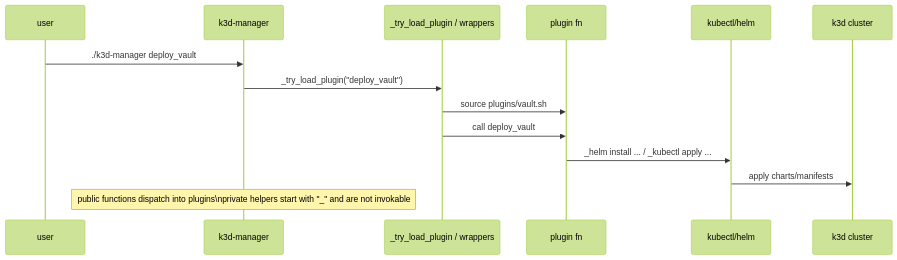
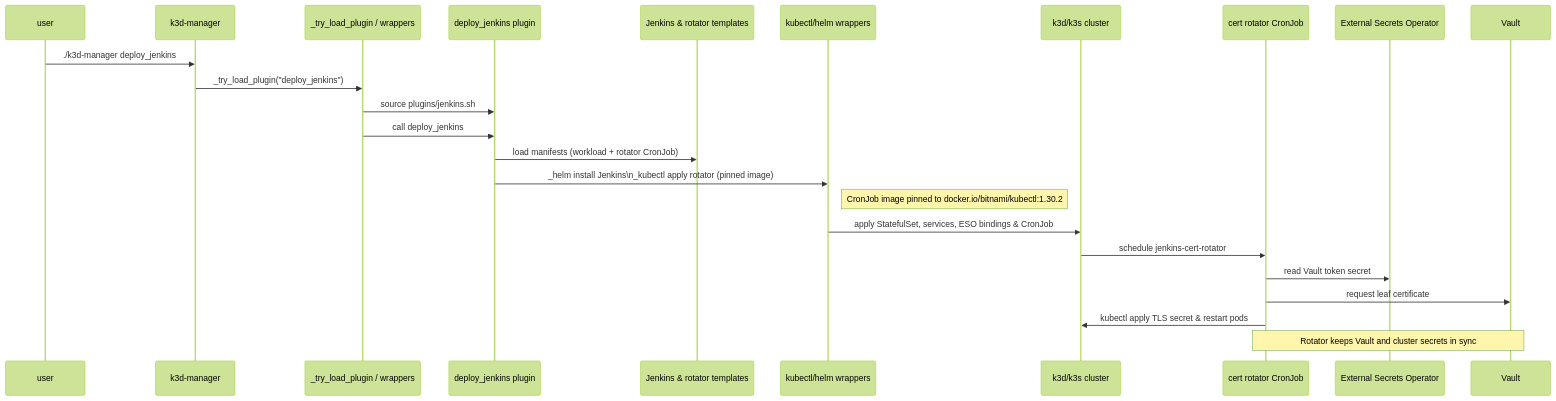
One commit to wilddog64/k3d-manager changed the second of 2 diagrams in README.md. Above: the diagram before and after it, drawn with Mermaid (forest theme). The commit also changed other lines of this file, not shown here.

Commit message:
k3d-manager: update README flow chart to show how jenkins plugin wired

````diff
--- a/README.md
+++ b/README.md
@@ -233,17 +240,27 @@
 ```mermaid
 sequenceDiagram
   participant U as user
   participant KM as k3d-manager
   participant SYS as _try_load_plugin / wrappers
-  participant P as plugin fn
-  participant K as kubectl/helm
-  participant C as k3d cluster
+  participant J as deploy_jenkins plugin
+  participant T as Jenkins & rotator templates
+  participant K as kubectl/helm wrappers
+  participant C as k3d/k3s cluster
+  participant R as cert rotator CronJob
+  participant ESO as External Secrets Operator
+  participant V as Vault
 
-  U->>KM: ./k3d-manager deploy_vault
-  KM->>SYS: _try_load_plugin("deploy_vault")
-  SYS->>P: source plugins/vault.sh
-  SYS->>P: call deploy_vault
-  P->>K: _helm install ... / _kubectl apply ...
-  K->>C: apply charts/manifests
-  Note over KM: public functions dispatch into plugins\nprivate helpers start with "_" and are not invokable
+  U->>KM: ./k3d-manager deploy_jenkins
+  KM->>SYS: _try_load_plugin("deploy_jenkins")
+  SYS->>J: source plugins/jenkins.sh
+  SYS->>J: call deploy_jenkins
+  J->>T: load manifests (workload + rotator CronJob)
+  J->>K: _helm install Jenkins\n_kubectl apply rotator (pinned image)
+  Note right of K: CronJob image pinned to docker.io/bitnami/kubectl:1.30.2
+  K->>C: apply StatefulSet, services, ESO bindings & CronJob
+  C->>R: schedule jenkins-cert-rotator
+  R->>ESO: read Vault token secret
+  R->>V: request leaf certificate
+  R->>C: kubectl apply TLS secret & restart pods
+  Note over R,V: Rotator keeps Vault and cluster secrets in sync
 ```
````
